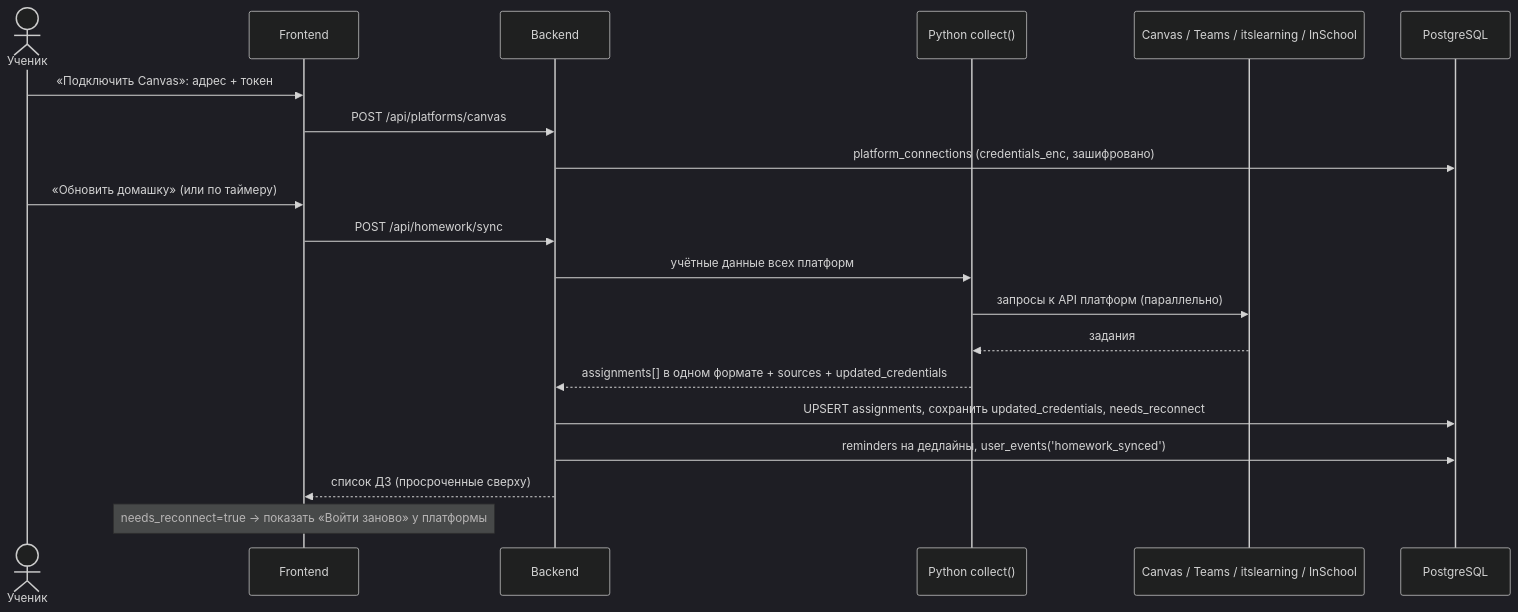
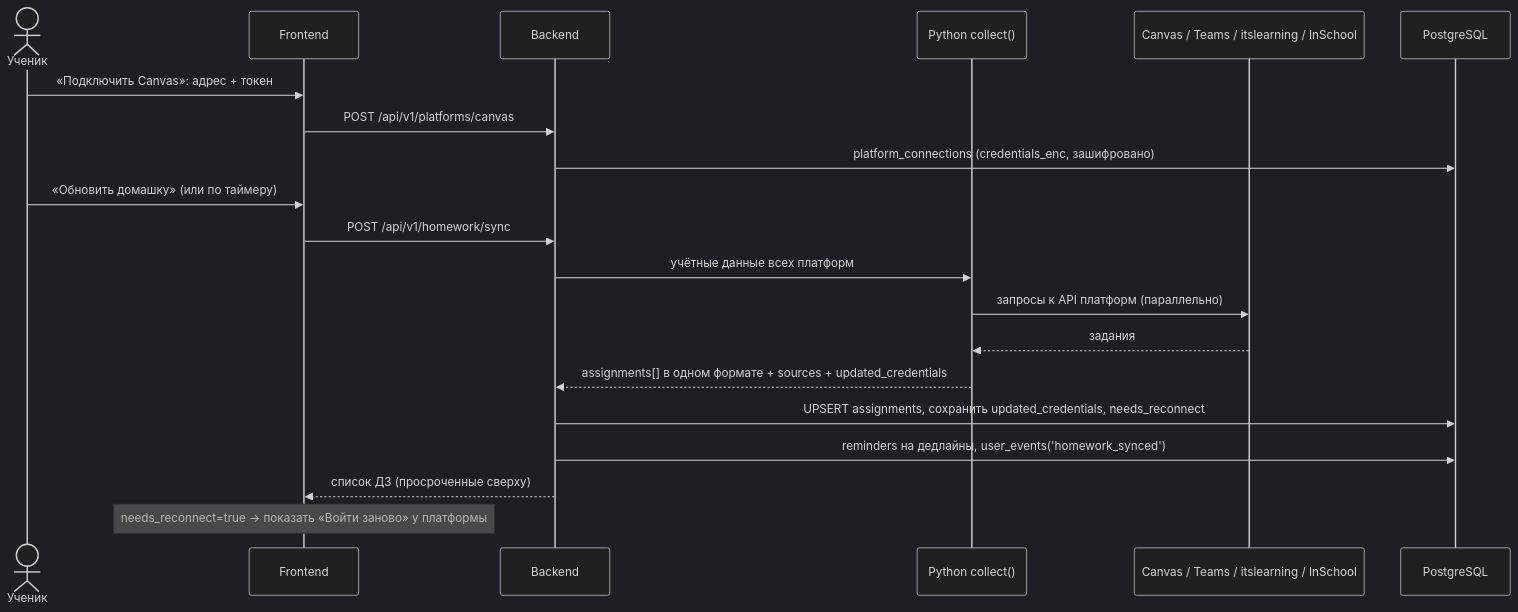
Before and after one commit to two-bits1/LekseRadar: the fourth of 8 diagrams in docs/ARCHITECTURE.md, drawn with Mermaid (dark theme). The commit also changed other lines of this file, not shown here.

First line of the commit message:
docs: ARCHITECTURE — пути /api/v1 как в бэкенде, убраны устаревшие эндпоинты

````diff
--- a/docs/ARCHITECTURE.md
+++ b/docs/ARCHITECTURE.md
@@ -97,22 +97,22 @@
 ```mermaid
 sequenceDiagram
     actor U as Ученик
     participant F as Frontend
     participant B as Backend
     participant P as Python collect()
     participant X as Canvas / Teams / itslearning / InSchool
     participant D as PostgreSQL
     U->>F: «Подключить Canvas»: адрес + токен
-    F->>B: POST /api/platforms/canvas
+    F->>B: POST /api/v1/platforms/canvas
     B->>D: platform_connections (credentials_enc, зашифровано)
     U->>F: «Обновить домашку» (или по таймеру)
-    F->>B: POST /api/homework/sync
+    F->>B: POST /api/v1/homework/sync
     B->>P: учётные данные всех платформ
     P->>X: запросы к API платформ (параллельно)
     X-->>P: задания
     P-->>B: assignments[] в одном формате + sources + updated_credentials
     B->>D: UPSERT assignments, сохранить updated_credentials, needs_reconnect
     B->>D: reminders на дедлайны, user_events('homework_synced')
     B-->>F: список ДЗ (просроченные сверху)
     Note over F: needs_reconnect=true → показать «Войти заново» у платформы
 ```
````
